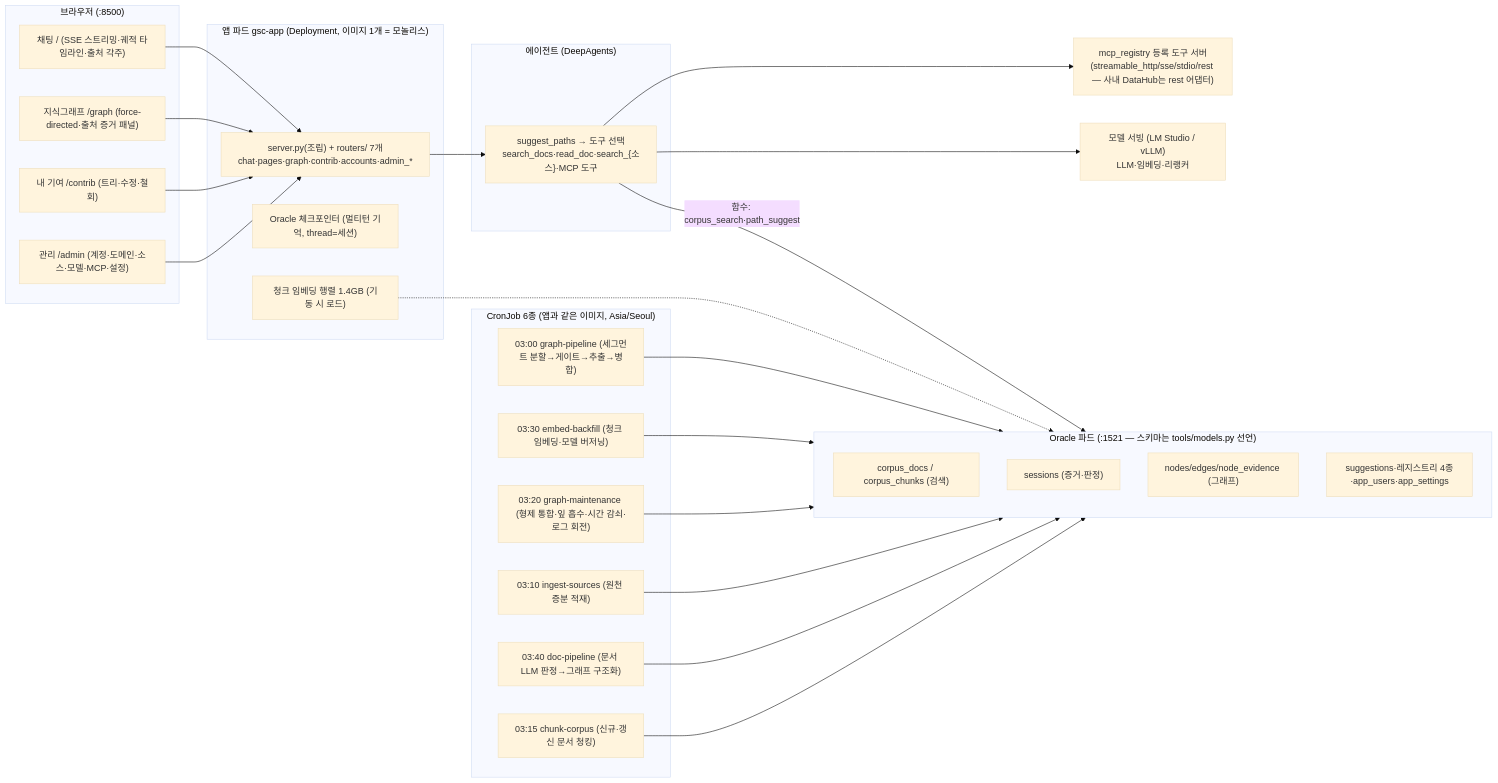
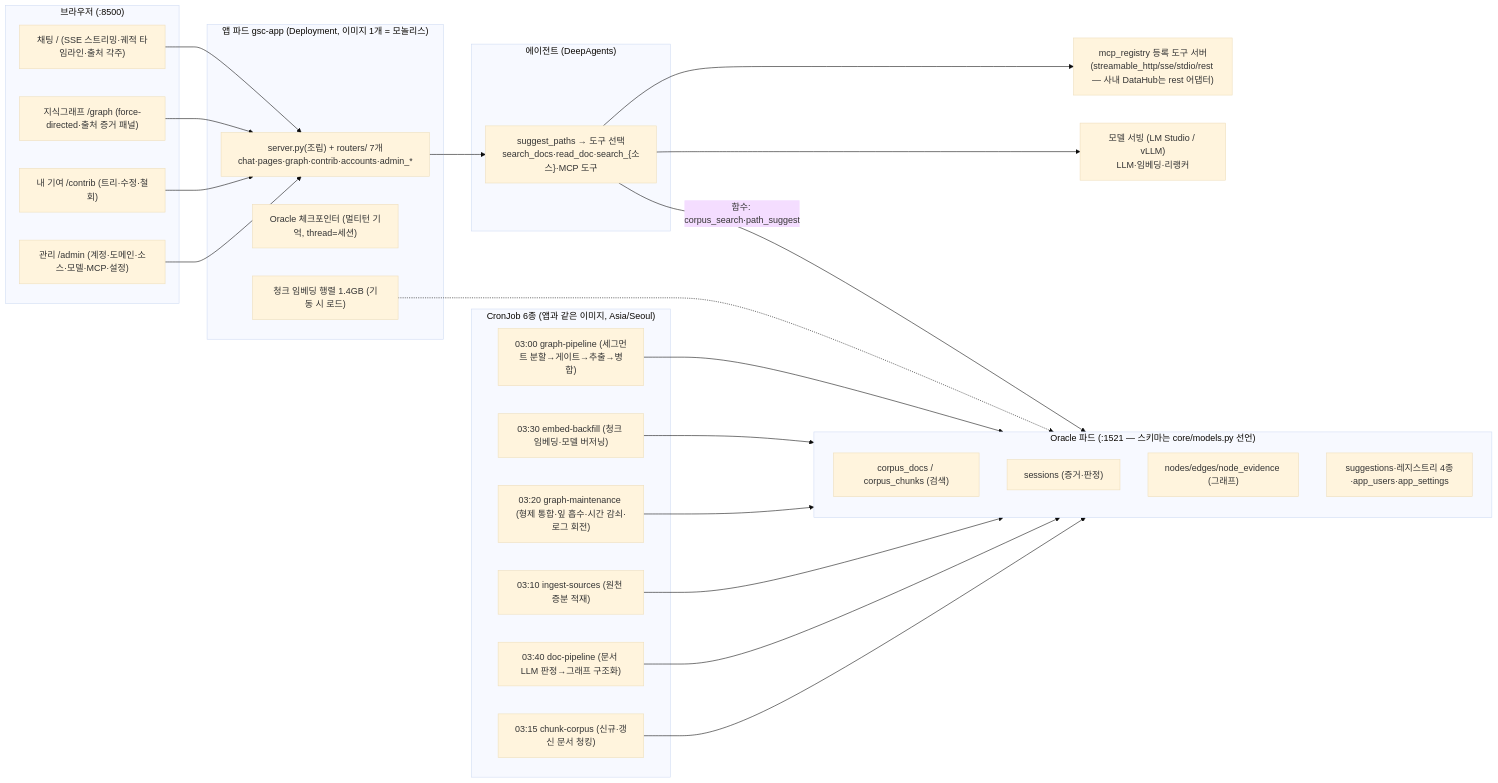
The diagram in docs/implementation.md (catinbox276/graph-search-chat), drawn with Mermaid (base theme) before and after one commit. The commit also changed other lines of this file and 56 other files, not shown here.

````diff
--- a/docs/implementation.md
+++ b/docs/implementation.md
@@ -10,40 +10,40 @@
 ```mermaid
 flowchart LR
     subgraph browser["브라우저 (:8500)"]
         UI["채팅 / (SSE 스트리밍·궤적 타임라인·출처 각주)"]
         GV["지식그래프 /graph (force-directed·출처 증거 패널)"]
         CB["내 기여 /contrib (트리·수정·철회)"]
         AD["관리 /admin (계정·도메인·소스·모델·MCP·설정)"]
     end
     subgraph srv["앱 파드 gsc-app (Deployment, 이미지 1개 = 모놀리스)"]
         API["server.py(조립) + routers/ 7개<br/>chat·pages·graph·contrib·accounts·admin_*"]
         MEM["Oracle 체크포인터 (멀티턴 기억, thread=세션)"]
         MTX["청크 임베딩 행렬 1.4GB (기동 시 로드)"]
     end
     subgraph agentbox["에이전트 (DeepAgents)"]
         AG["suggest_paths → 도구 선택<br/>search_docs·read_doc·search_{소스}·MCP 도구"]
     end
     LMS["모델 서빙 (LM Studio / vLLM)<br/>LLM·임베딩·리랭커"]
-    subgraph ora["Oracle 파드 (:1521 — 스키마는 tools/models.py 선언)"]
+    subgraph ora["Oracle 파드 (:1521 — 스키마는 core/models.py 선언)"]
         T1["corpus_docs / corpus_chunks (검색)"]
         T2["sessions (증거·판정)"]
         T3["nodes/edges/node_evidence (그래프)"]
         T4["suggestions·레지스트리 4종·app_users·app_settings"]
     end
     MCP["mcp_registry 등록 도구 서버<br/>(streamable_http/sse/stdio/rest — 사내 DataHub는 rest 어댑터)"]
     UI & GV & CB & AD --> API
     API --> AG
     AG -->|"함수: corpus_search·path_suggest"| ora
     AG --> MCP
     AG --> LMS
     MTX -.-> ora
     subgraph batch["CronJob 6종 (앱과 같은 이미지, Asia/Seoul)"]
         P2["03:00 graph-pipeline (세그먼트 분할→게이트→추출→병합)"]
         P5["03:10 ingest-sources (원천 증분 적재)"]
         P7["03:15 chunk-corpus (신규·갱신 문서 청킹)"]
         P4["03:20 graph-maintenance (형제 통합·잎 흡수·시간 감쇠·로그 회전)"]
         P3["03:30 embed-backfill (청크 임베딩·모델 버저닝)"]
         P6["03:40 doc-pipeline (문서 LLM 판정→그래프 구조화)"]
     end
     P2 & P3 & P4 & P5 & P6 & P7 --> ora
 ```
````
